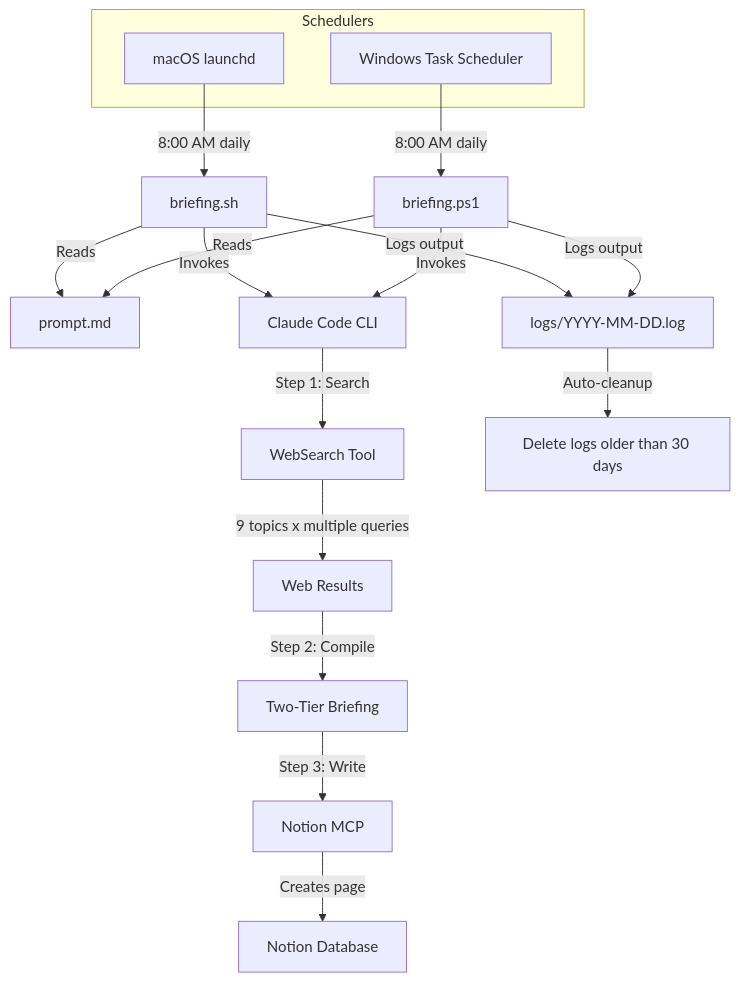
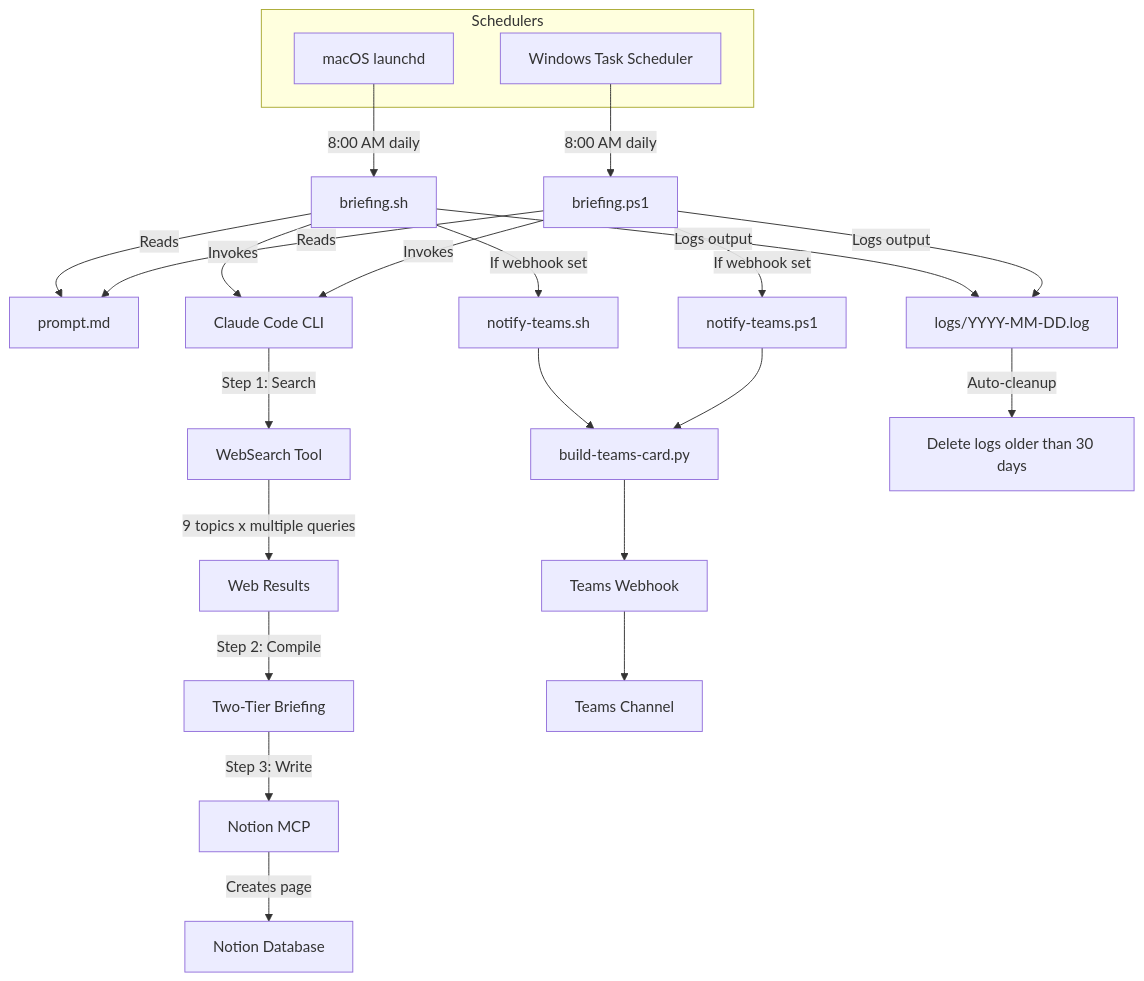
Before and after one commit to hoangsonww/ai-news-briefing: the diagram in README.md, drawn with Mermaid. The commit also changed other lines of this file and 9 other files, not shown here.

````diff
--- a/README.md
+++ b/README.md
@@ -31,26 +33,33 @@
 ```mermaid
 flowchart TD
     subgraph Schedulers
         A1[macOS launchd]
         A2[Windows Task Scheduler]
     end
 
     A1 -->|8:00 AM daily| B1[briefing.sh]
     A2 -->|8:00 AM daily| B2[briefing.ps1]
 
     B1 -->|Reads| C[prompt.md]
     B2 -->|Reads| C
 
     B1 -->|Invokes| D[Claude Code CLI]
     B2 -->|Invokes| D
 
     D -->|Step 1: Search| E[WebSearch Tool]
     E -->|9 topics x multiple queries| F[Web Results]
     F -->|Step 2: Compile| G[Two-Tier Briefing]
     G -->|Step 3: Write| H[Notion MCP]
     H -->|Creates page| I[Notion Database]
 
+    B1 -->|If webhook set| T[notify-teams.sh]
+    B2 -->|If webhook set| T2[notify-teams.ps1]
+    T --> U[build-teams-card.py]
+    T2 --> U
+    U --> V[Teams Webhook]
+    V --> W[Teams Channel]
+
     B1 -->|Logs output| J[logs/YYYY-MM-DD.log]
     B2 -->|Logs output| J
     J -->|Auto-cleanup| K[Delete logs older than 30 days]
 ```
````
